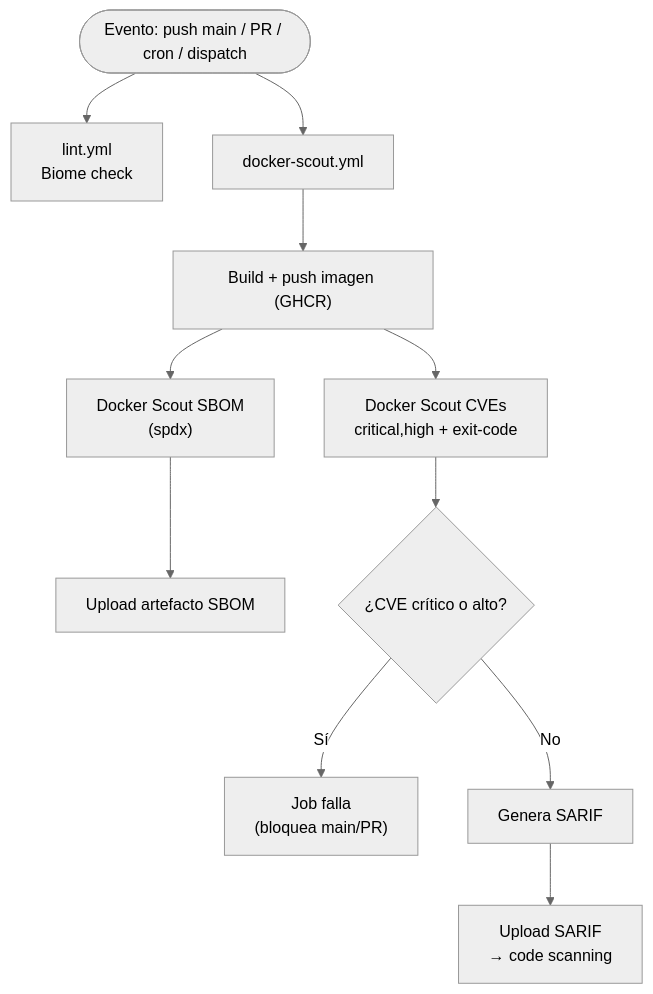
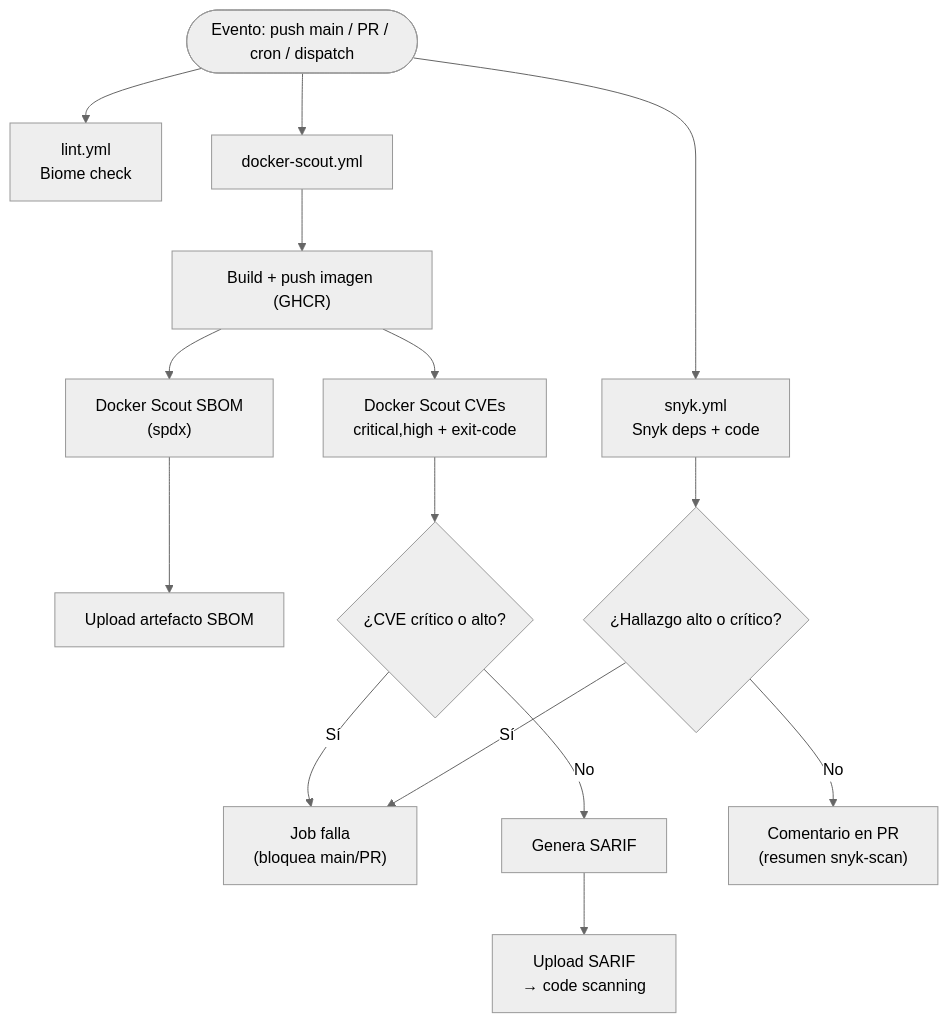
The third of 8 diagrams in docs/pentest-playbook.md (gcastrovInvenio/meg-backend), drawn with Mermaid (neutral theme) before and after one commit. The commit also changed other lines of this file and 4 other files, not shown here.

````diff
--- a/docs/pentest-playbook.md
+++ b/docs/pentest-playbook.md
@@ -113,13 +114,17 @@
 ```mermaid
 flowchart TD
     A(["Evento: push main / PR / cron / dispatch"]) --> B["lint.yml<br/>Biome check"]
     A --> C["docker-scout.yml"]
     C --> D["Build + push imagen (GHCR)"]
     D --> E["Docker Scout SBOM<br/>(spdx)"]
     E --> F["Upload artefacto SBOM"]
     D --> G["Docker Scout CVEs<br/>critical,high + exit-code"]
     G --> H{"¿CVE crítico o alto?"}
     H -- Sí --> I["Job falla<br/>(bloquea main/PR)"]
     H -- No --> J["Genera SARIF"]
     J --> K["Upload SARIF<br/>→ code scanning"]
+    A --> L["snyk.yml<br/>Snyk deps + code"]
+    L --> M{"¿Hallazgo alto o crítico?"}
+    M -- Sí --> I
+    M -- No --> N["Comentario en PR<br/>(resumen snyk-scan)"]
 ```
````
